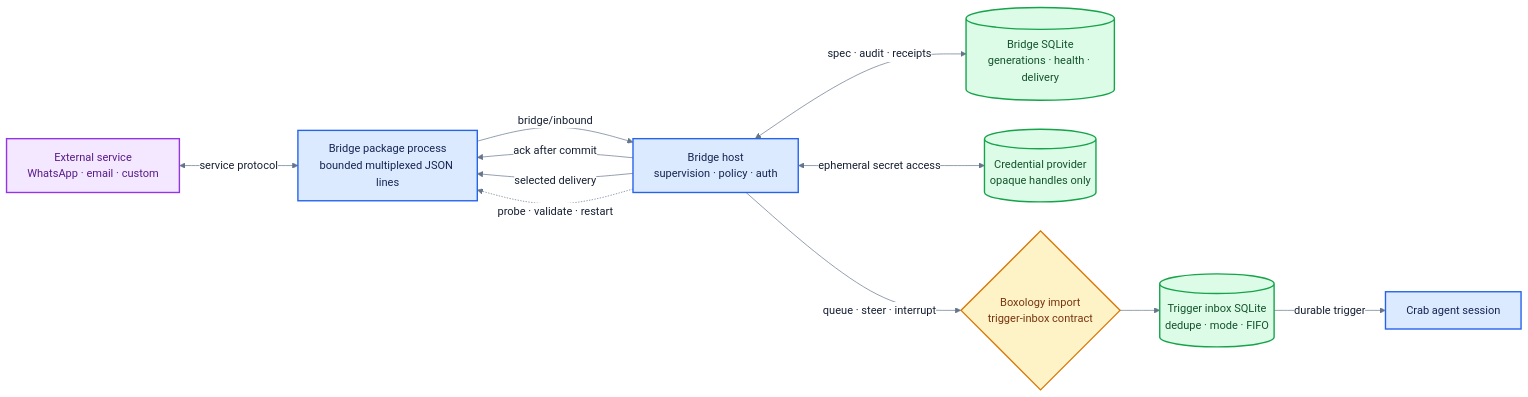
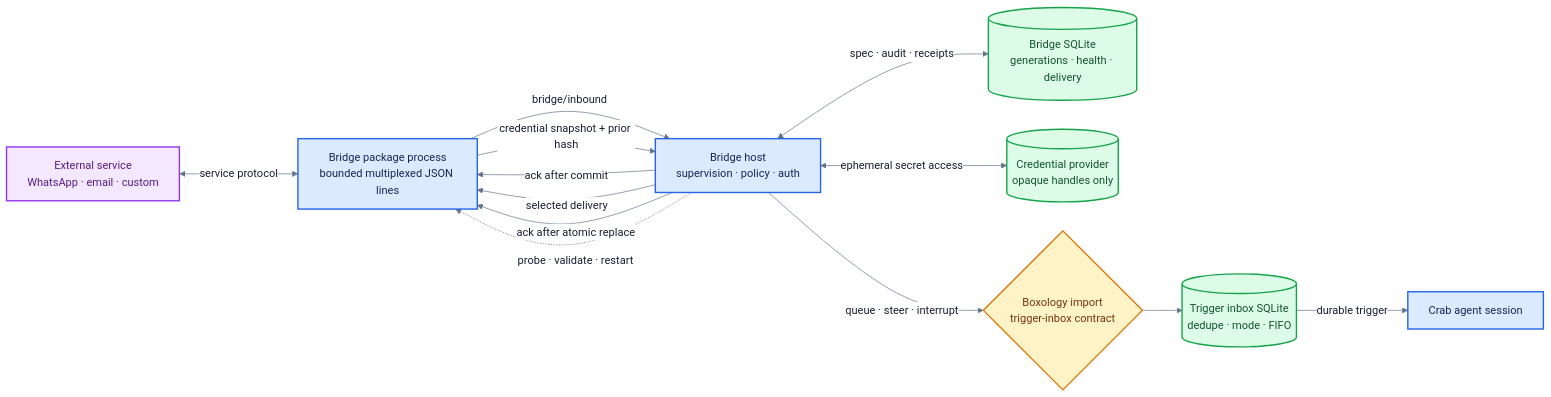
The diagram in v2/docs/bridge-host-flow.mmd (fontanierh/crab), drawn with Mermaid before and after one commit. The commit also changed 13 other files, not shown here.

```diff
--- a/v2/docs/bridge-host-flow.mmd
+++ b/v2/docs/bridge-host-flow.mmd
@@ -1,31 +1,33 @@
 %%{init: {"theme": "base", "themeVariables": {"fontFamily": "ui-sans-serif, system-ui, sans-serif", "primaryTextColor": "#172033", "lineColor": "#64748b", "edgeLabelBackground": "#ffffff"}, "flowchart": {"curve": "basis", "nodeSpacing": 42, "rankSpacing": 58}}}%%
 flowchart LR
     SERVICE["External service<br/>WhatsApp · email · custom"]
     PACKAGE["Bridge package process<br/>bounded multiplexed JSON lines"]
     HOST["Bridge host<br/>supervision · policy · auth"]
     DB[("Bridge SQLite<br/>generations · health · delivery")]
     CREDS[("Credential provider<br/>opaque handles only")]
     IMPORT{"Boxology import<br/>trigger-inbox contract"}
     INBOX[("Trigger inbox SQLite<br/>dedupe · mode · FIFO")]
     AGENT["Crab agent session"]
 
     SERVICE <-->|"service protocol"| PACKAGE
     PACKAGE -->|"bridge/inbound"| HOST
     HOST -->|"ack after commit"| PACKAGE
     HOST -->|"selected delivery"| PACKAGE
     HOST <-->|"spec · audit · receipts"| DB
     HOST <-->|"ephemeral secret access"| CREDS
+    PACKAGE -->|"credential snapshot + prior hash"| HOST
+    HOST -->|"ack after atomic replace"| PACKAGE
     HOST -->|"queue · steer · interrupt"| IMPORT
     IMPORT --> INBOX
     INBOX -->|"durable trigger"| AGENT
     HOST -.->|"probe · validate · restart"| PACKAGE
 
     classDef external fill:#f3e8ff,stroke:#9333ea,stroke-width:2px,color:#581c87;
     classDef runtime fill:#dbeafe,stroke:#2563eb,stroke-width:2px,color:#172554;
     classDef durable fill:#dcfce7,stroke:#16a34a,stroke-width:2px,color:#14532d;
     classDef boundary fill:#fef3c7,stroke:#d97706,stroke-width:2px,color:#78350f;
 
     class SERVICE external;
     class PACKAGE,HOST,AGENT runtime;
     class DB,CREDS,INBOX durable;
     class IMPORT boundary;
```
